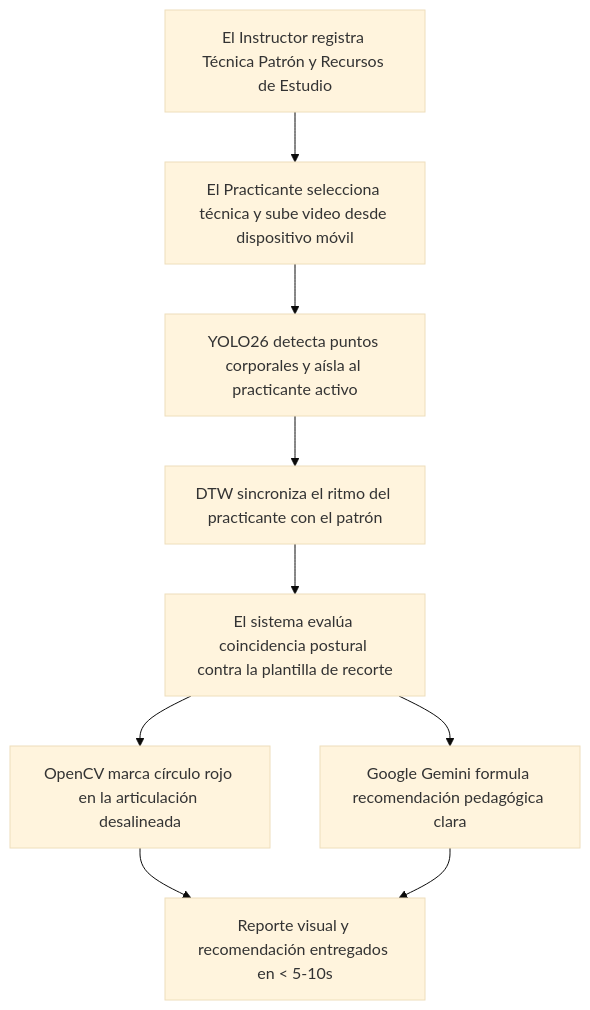
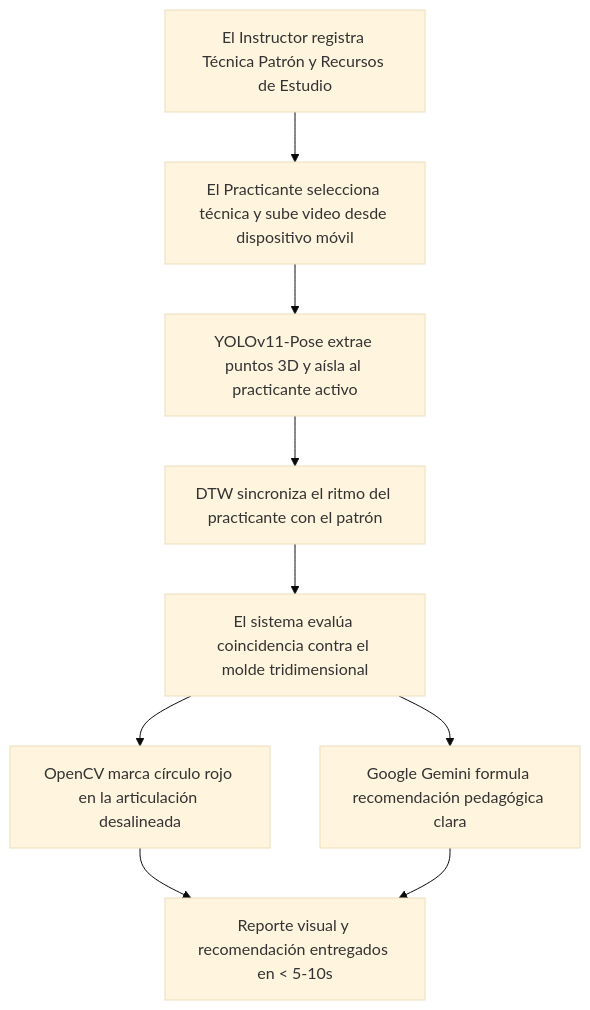
One commit to Tsmrain/JiuJitsu changed the fourth of 6 diagrams in README.md. Above: the diagram before and after it, drawn with Mermaid (base theme). The commit also changed other lines of this file, not shown here.

Commit message:
feat: upgrade pose estimation to 3D monocular reconstruction using YOLOv11-Pose

````diff
--- a/README.md
+++ b/README.md
@@ -316,11 +321,11 @@
 ```mermaid
 flowchart TD
     A[El Instructor registra Técnica Patrón y Recursos de Estudio] --> B[El Practicante selecciona técnica y sube video desde dispositivo móvil]
-    B --> C[YOLO26 detecta puntos corporales y aísla al practicante activo]
+    B --> C[YOLOv11-Pose extrae puntos 3D y aísla al practicante activo]
     C --> D[DTW sincroniza el ritmo del practicante con el patrón]
-    D --> E[El sistema evalúa coincidencia postural contra la plantilla de recorte]
+    D --> E[El sistema evalúa coincidencia contra el molde tridimensional]
     E --> F[OpenCV marca círculo rojo en la articulación desalineada]
     E --> G[Google Gemini formula recomendación pedagógica clara]
     F --> H[Reporte visual y recomendación entregados en < 5-10s]
     G --> H
 ```
````
